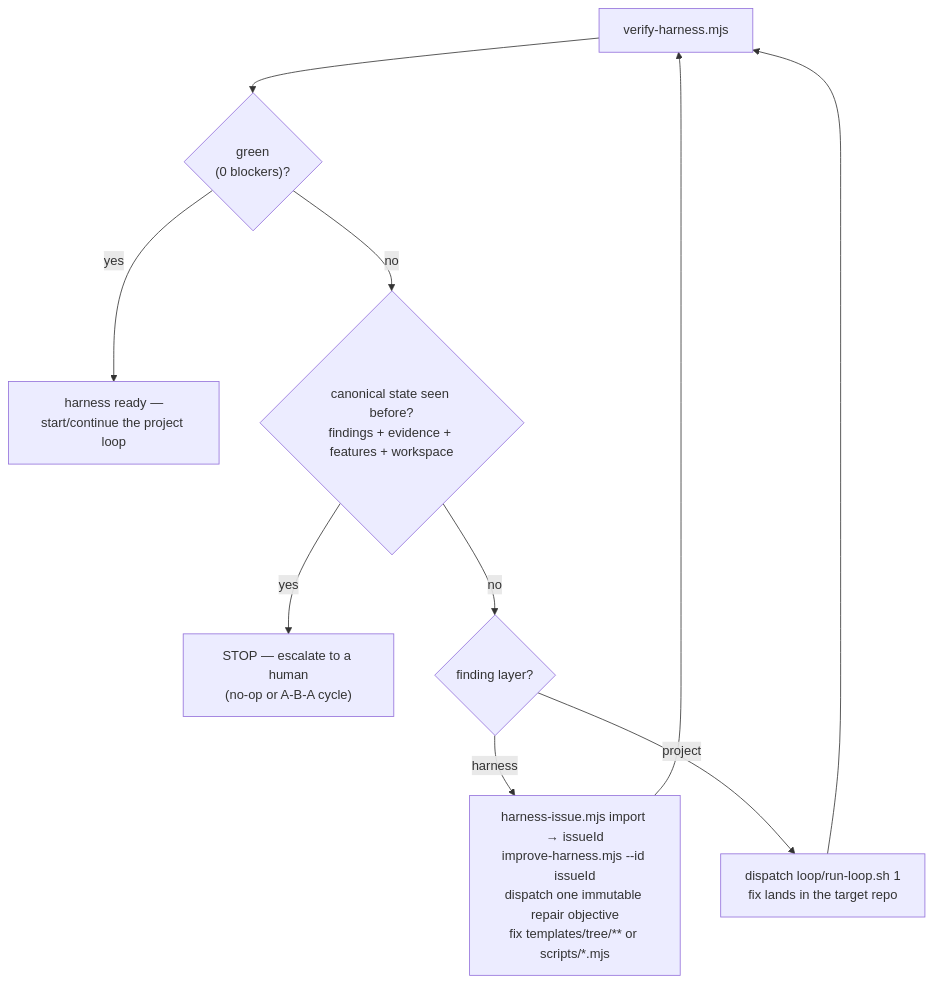
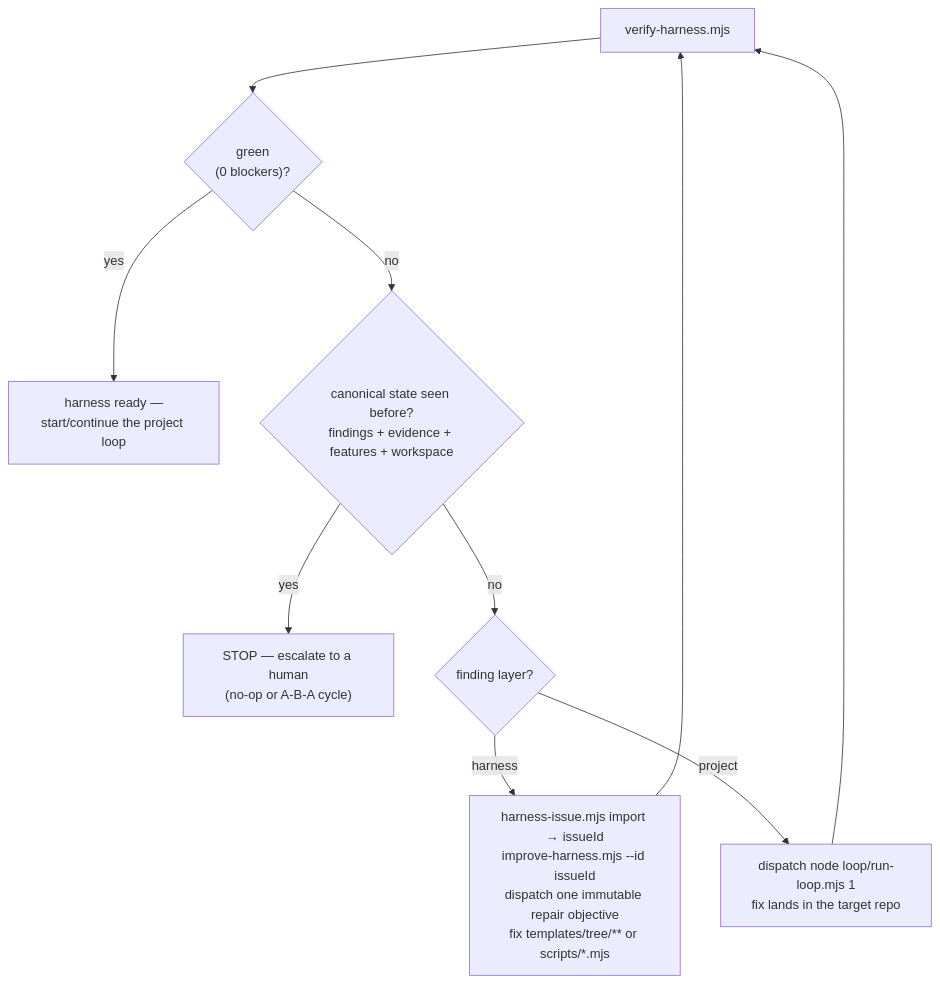
One commit to truonghedspi/harness changed the fourth of 4 diagrams in harness-loop/references/workflow-diagram.md. Above: the diagram before and after it, drawn with Mermaid. The commit also changed other lines of this file and 46 other files, not shown here.

````diff
--- a/harness-loop/references/workflow-diagram.md
+++ b/harness-loop/references/workflow-diagram.md
@@ -146,12 +146,12 @@
 ```mermaid
 flowchart TD
     V["verify-harness.mjs"] --> S{"green\n(0 blockers)?"}
     S -- yes --> Done["harness ready —\nstart/continue the project loop"]
     S -- no --> Sig{"canonical state seen before?\nfindings + evidence + features + workspace"}
     Sig -- yes --> Stop["STOP — escalate to a human\n(no-op or A-B-A cycle)"]
     Sig -- no --> L{"finding layer?"}
     L -- harness --> HI["harness-issue.mjs import → issueId\nimprove-harness.mjs --id issueId\ndispatch one immutable repair objective\nfix templates/tree/** or scripts/*.mjs"]
-    L -- project --> PJ["dispatch loop/run-loop.sh 1\nfix lands in the target repo"]
+    L -- project --> PJ["dispatch node loop/run-loop.mjs 1\nfix lands in the target repo"]
     HI --> V
     PJ --> V
 ```
````
